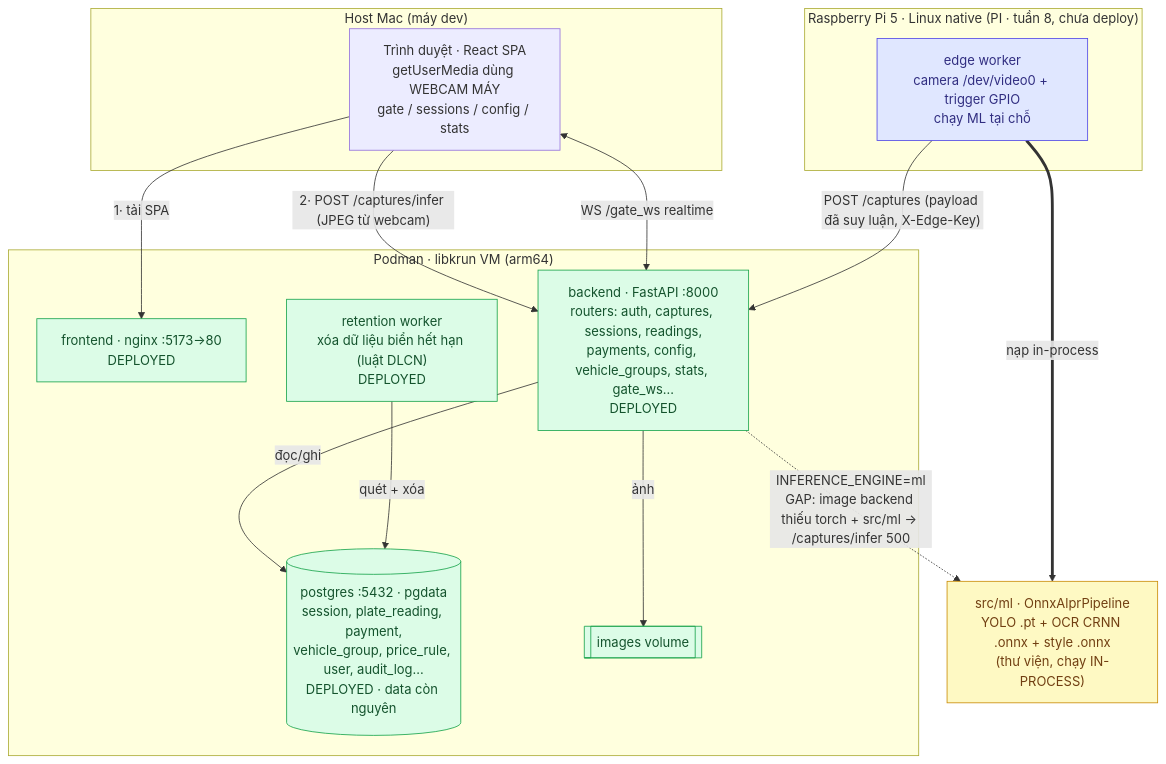
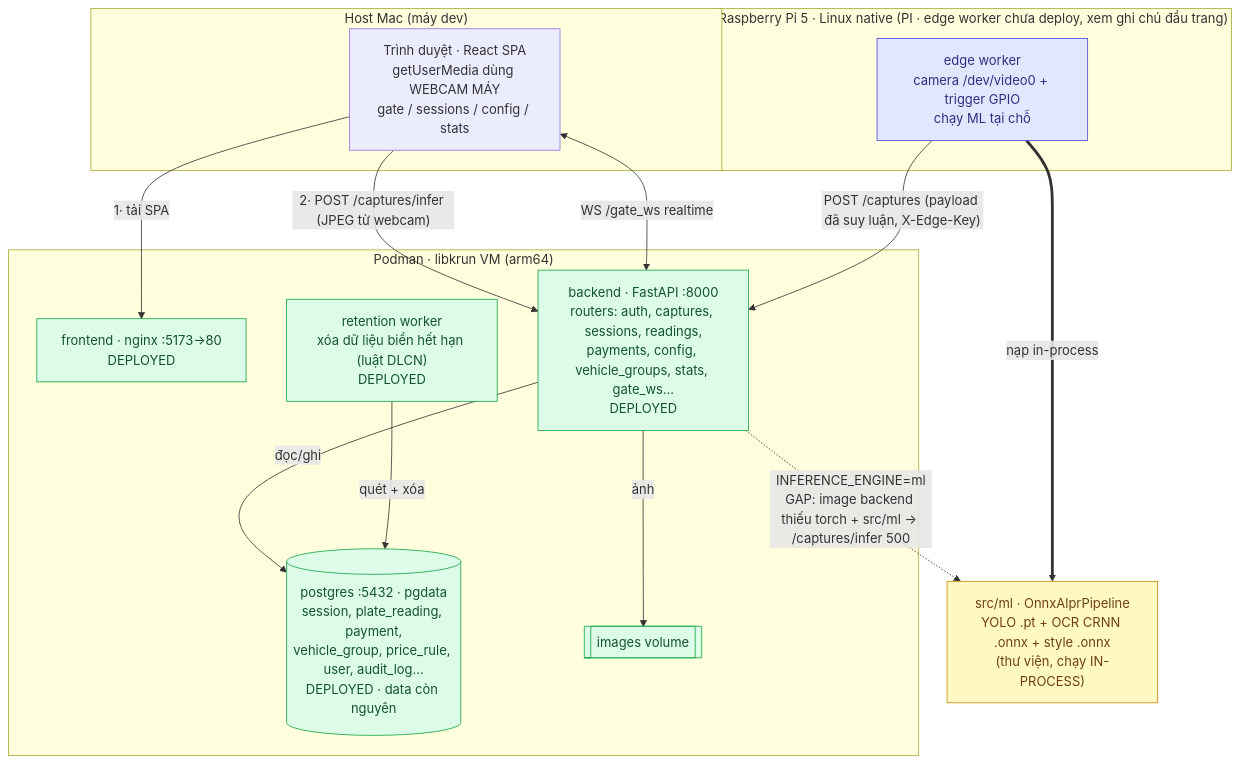
One commit to UIT-DoAnCuoiKi/UIT2026-DoAnCuoiKi changed the diagram in docs/architecture/current-architecture.md. Above: the diagram before and after it, drawn with Mermaid. The commit also changed other lines of this file and 71 other files, not shown here.

````diff
--- a/docs/architecture/current-architecture.md
+++ b/docs/architecture/current-architecture.md
@@ -7,37 +9,37 @@
 ```mermaid
 graph TB
     subgraph HOST["Host Mac (máy dev)"]
         BR["Trình duyệt · React SPA<br/>getUserMedia dùng WEBCAM MÁY<br/>gate / sessions / config / stats"]
     end
 
     subgraph POD["Podman · libkrun VM (arm64)"]
         FE["frontend · nginx :5173→80<br/>DEPLOYED"]
         BE["backend · FastAPI :8000<br/>routers: auth, captures, sessions, readings,<br/>payments, config, vehicle_groups, stats, gate_ws...<br/>DEPLOYED"]
         RET["retention worker<br/>xóa dữ liệu biển hết hạn (luật DLCN)<br/>DEPLOYED"]
         DB[("postgres :5432 · pgdata<br/>session, plate_reading, payment,<br/>vehicle_group, price_rule, user, audit_log...<br/>DEPLOYED · data còn nguyên")]
         VOL[["images volume"]]
     end
 
-    subgraph PI["Raspberry Pi 5 · Linux native (PI · tuần 8, chưa deploy)"]
+    subgraph PI["Raspberry Pi 5 · Linux native (PI · edge worker chưa deploy, xem ghi chú đầu trang)"]
         EDGE["edge worker<br/>camera /dev/video0 + trigger GPIO<br/>chạy ML tại chỗ"]
     end
 
     MLP["src/ml · OnnxAlprPipeline<br/>YOLO .pt + OCR CRNN .onnx + style .onnx<br/>(thư viện, chạy IN-PROCESS)"]
 
     BR -->|"1· tải SPA"| FE
     BR -->|"2· POST /captures/infer (JPEG từ webcam)"| BE
     BR <-->|"WS /gate_ws realtime"| BE
     BE -->|"đọc/ghi"| DB
     BE -->|"ảnh"| VOL
     RET -->|"quét + xóa"| DB
     BE -. "INFERENCE_ENGINE=ml<br/>GAP: image backend thiếu torch + src/ml → /captures/infer 500" .-> MLP
     EDGE -->|"POST /captures (payload đã suy luận, X-Edge-Key)"| BE
     EDGE ==>|"nạp in-process"| MLP
 
     classDef deployed fill:#dcfce7,stroke:#16a34a,color:#14532d;
     classDef gap fill:#fef9c3,stroke:#ca8a04,color:#713f12;
     classDef pi fill:#e0e7ff,stroke:#4f46e5,color:#312e81;
     class FE,BE,RET,DB,VOL deployed;
     class MLP gap;
     class EDGE pi;
 ```
````
